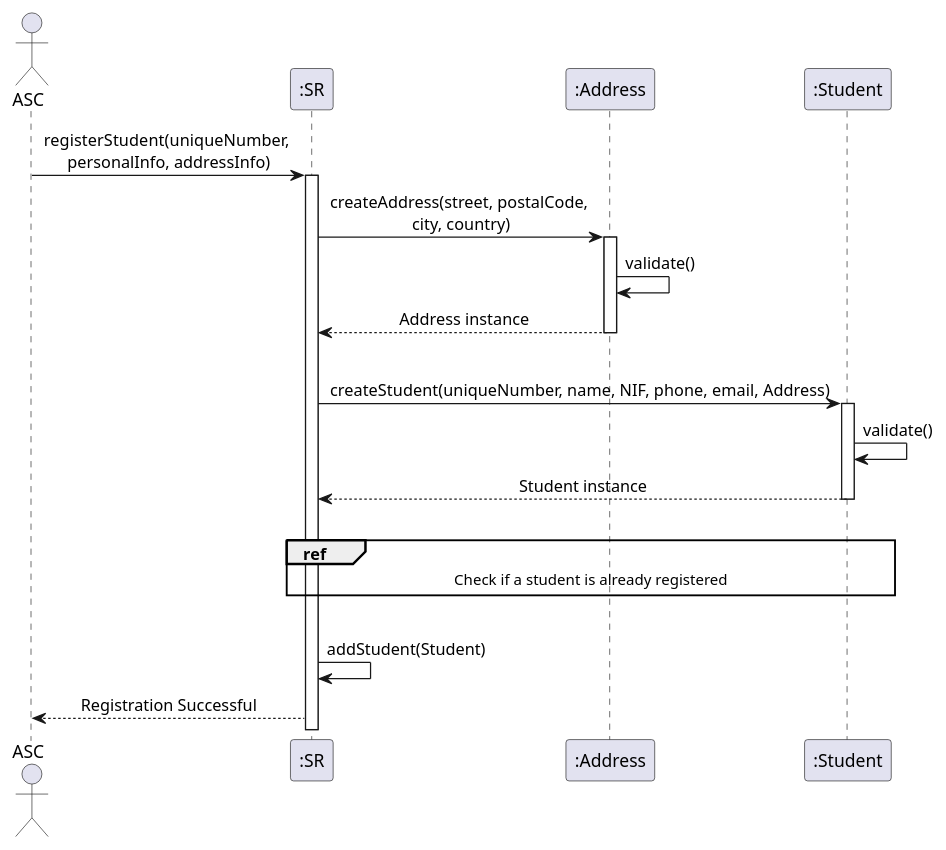
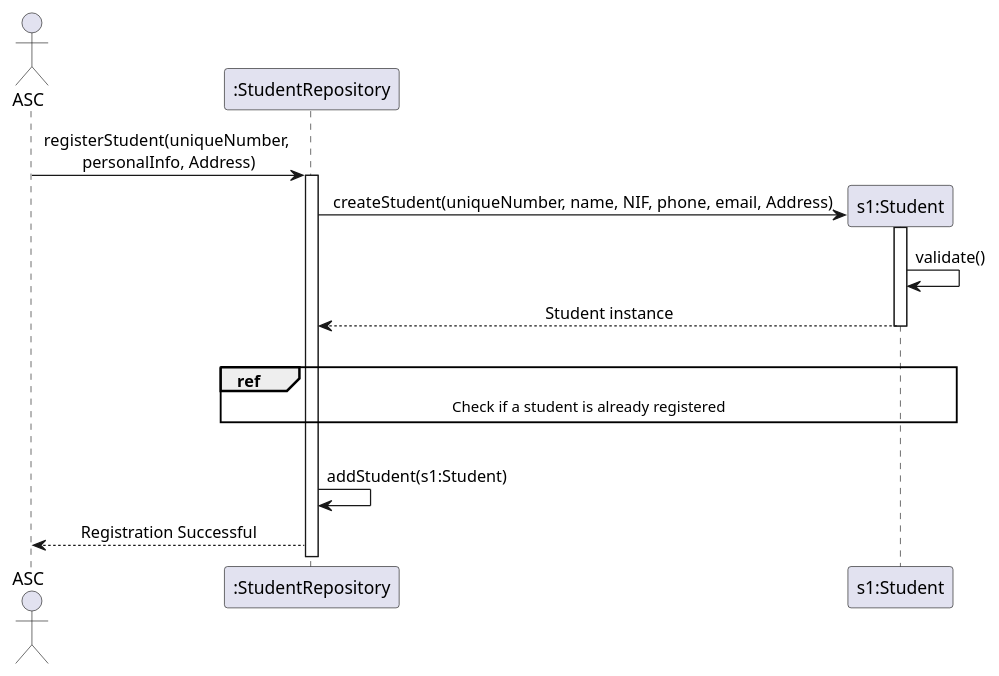
Before and after one commit to GasparISEP/DevOps-PAI: the diagram in docs/sequenceSystemDiagrams/RegisterStudentInSystem.puml, drawn with PlantUML. The commit also changed 1 other file, not shown here.

Commit message:
Updated CreateSchoolYearInSystem.puml and RegisterStudentInSystem.puml

```diff
--- a/docs/sequenceSystemDiagrams/RegisterStudentInSystem.puml
+++ b/docs/sequenceSystemDiagrams/RegisterStudentInSystem.puml
@@ -1,30 +1,24 @@
 @startuml
 skinparam sequenceMessageAlign center
 
 actor ASC
-participant ":SR" as StudentRepository
-participant ":Address" as Address
-participant ":Student" as Student
+participant ":StudentRepository" as SR
+participant "s1:Student" as Student
 
-ASC -> StudentRepository: registerStudent(uniqueNumber, \npersonalInfo, addressInfo)
-activate StudentRepository
-StudentRepository -> Address: createAddress(street, postalCode, \ncity, country)
-activate Address
-Address -> Address: validate()
-Address --> StudentRepository: Address instance
-deactivate Address
-|||
-StudentRepository -> Student: createStudent(uniqueNumber, name, NIF, phone, email, Address)
+ASC -> SR: registerStudent(uniqueNumber, \npersonalInfo, Address)
+activate SR
+create Student
+SR -> Student: createStudent(uniqueNumber, name, NIF, phone, email, Address)
 activate Student
 Student -> Student: validate()
-Student --> StudentRepository: Student instance
+Student --> SR: Student instance
 |||
-ref over StudentRepository, Student
+ref over SR, Student
     Check if a student is already registered
 end ref
 
 deactivate Student
 |||
-StudentRepository -> StudentRepository: addStudent(Student)
-StudentRepository --> ASC: Registration Successful
+SR -> SR: addStudent(s1:Student)
+SR --> ASC: Registration Successful
 @enduml
```
